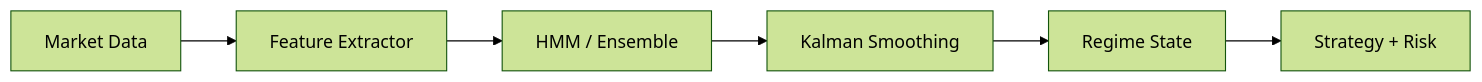
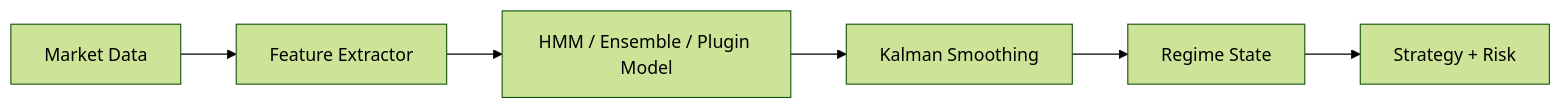
One commit to gregorian-09/regime-flow changed the diagram in docs/explanation/regime-detection.md. Above: the diagram before and after it, drawn with Mermaid (forest theme). The commit also changed other lines of this file and 6 other files, not shown here.

Commit message:
docs: expand config reference and add schema

````diff
--- a/docs/explanation/regime-detection.md
+++ b/docs/explanation/regime-detection.md
@@ -7,8 +7,8 @@
 ```mermaid
 flowchart LR
   A[Market Data] --> B[Feature Extractor]
-  B --> C[HMM / Ensemble]
+  B --> C[HMM / Ensemble / Plugin Model]
   C --> D[Kalman Smoothing]
   D --> E[Regime State]
   E --> F[Strategy + Risk]
 ```
````
